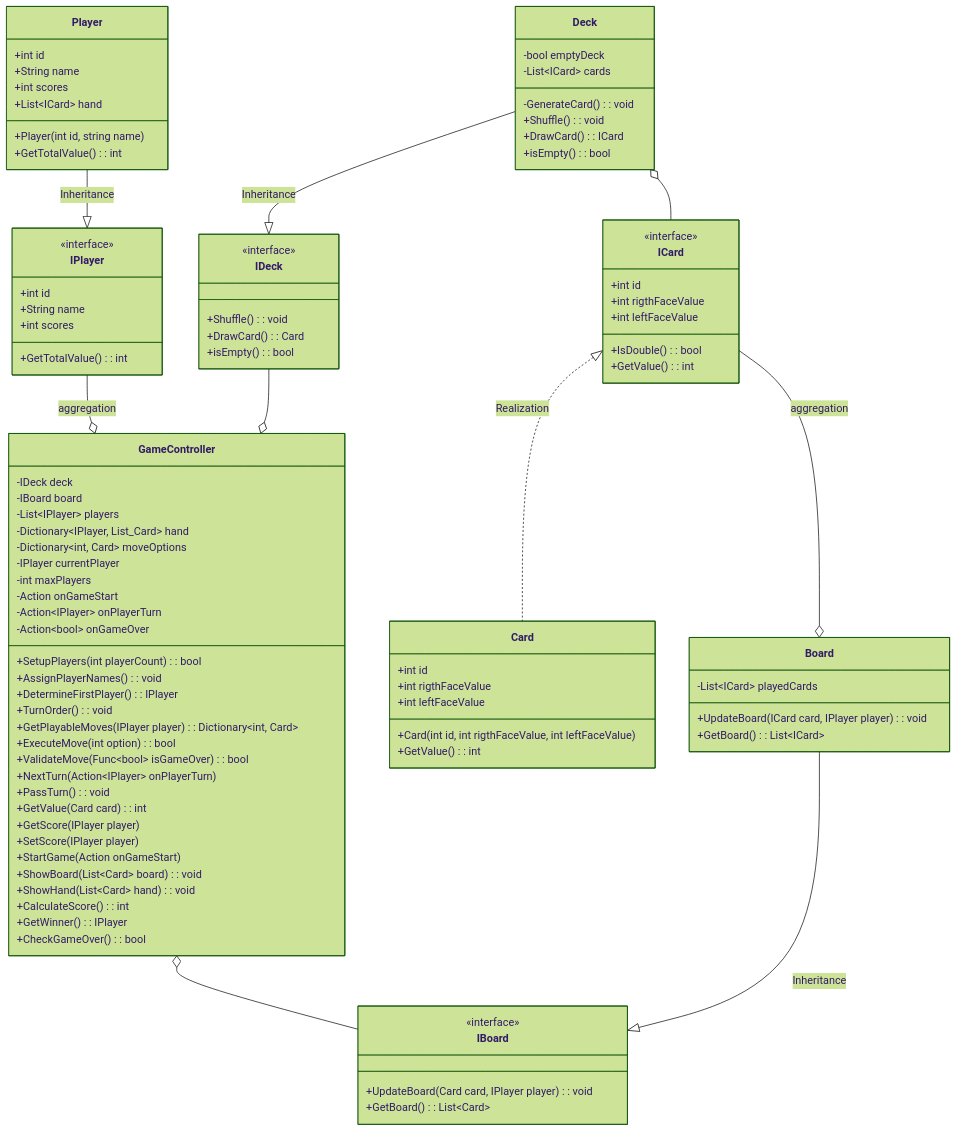
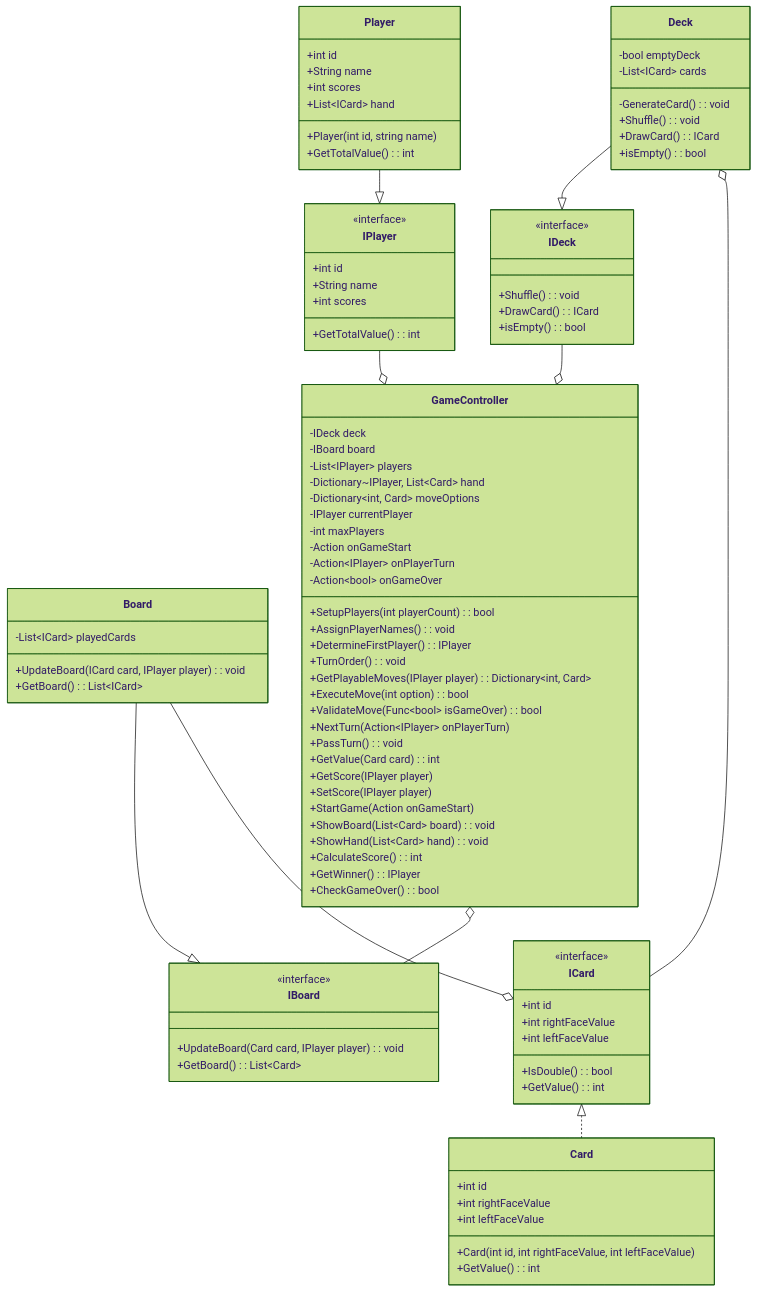
Before and after one commit to RavenFajar/bootCamp13: the diagram in Day6/DiagramClassProject/Domino.mmd, drawn with Mermaid (forest theme).

```diff
--- a/Day6/DiagramClassProject/Domino.mmd
+++ b/Day6/DiagramClassProject/Domino.mmd
@@ -1,95 +1,95 @@
 classDiagram
 class IPlayer{
     <<interface>>
     +int id
     +String name
     +int scores
     +GetTotalValue() : int
 }
 class Player{
     +int id
     +String name
     +int scores
     +List~ICard~ hand
     +Player(int id, string name)
     +GetTotalValue() : int
 }
 class ICard{
     <<interface>>
     +int id
-    +int rigthFaceValue
+    +int rightFaceValue
     +int leftFaceValue 
     +IsDouble() : bool
     +GetValue() : int
 }
 class IDeck{
     <<interface>>
     +Shuffle() : void
-    +DrawCard() : Card
+    +DrawCard() : ICard
     +isEmpty() : bool
 }
 class IBoard{
     <<interface>>
     +UpdateBoard(Card card, IPlayer player) : void
     +GetBoard() : List~Card~
    
 }
 class Deck{
     -bool emptyDeck
     -GenerateCard() : void
     -List~ICard~ cards
     +Shuffle() : void
     +DrawCard() : ICard
     +isEmpty() : bool
 }
 class Board{
     -List~ICard~ playedCards
     +UpdateBoard(ICard card, IPlayer player) : void
     +GetBoard() : List~ICard~
 }
 class Card{
     +int id
-    +int rigthFaceValue
+    +int rightFaceValue
     +int leftFaceValue   
-    +Card(int id, int rigthFaceValue, int leftFaceValue) 
+    +Card(int id, int rightFaceValue, int leftFaceValue) 
     +GetValue() : int
 }
 class GameController{
     -IDeck deck
     -IBoard board
     -List~IPlayer~ players
-    -Dictionary~IPlayer, List_Card~ hand
+    -Dictionary~IPlayer, List~Card~ hand
     -Dictionary~int, Card~ moveOptions
     -IPlayer currentPlayer
     -int maxPlayers
     -Action onGameStart
     -Action~IPlayer~ onPlayerTurn
     -Action~bool~ onGameOver
     +SetupPlayers(int playerCount) : bool
     +AssignPlayerNames() : void
     +DetermineFirstPlayer() : IPlayer
     +TurnOrder() : void
     +GetPlayableMoves(IPlayer player) : Dictionary~int, Card~
     +ExecuteMove(int option) : bool
     +ValidateMove(Func~bool~ isGameOver) : bool
     +NextTurn(Action~IPlayer~ onPlayerTurn)
     +PassTurn() : void
     +GetValue(Card card) : int
     +GetScore(IPlayer player)
     +SetScore(IPlayer player)
     +StartGame(Action onGameStart)
     +ShowBoard(List~Card~ board) : void
     +ShowHand(List~Card~ hand) : void
     +CalculateScore() : int
     +GetWinner() : IPlayer
     +CheckGameOver() : bool
 }
-IPlayer --o GameController : aggregation
+IPlayer --o GameController 
 IDeck --o GameController
 GameController o-- IBoard
-Deck --|> IDeck : Inheritance
-Board --|> IBoard : Inheritance
-Player --|> IPlayer : Inheritance
+Deck --|> IDeck 
+Board --|> IBoard 
+Player --|> IPlayer 
 Deck o-- ICard
-ICard --o Board : aggregation
-ICard <|.. Card : Realization
+Board --o ICard
+ICard <|.. Card 
```
